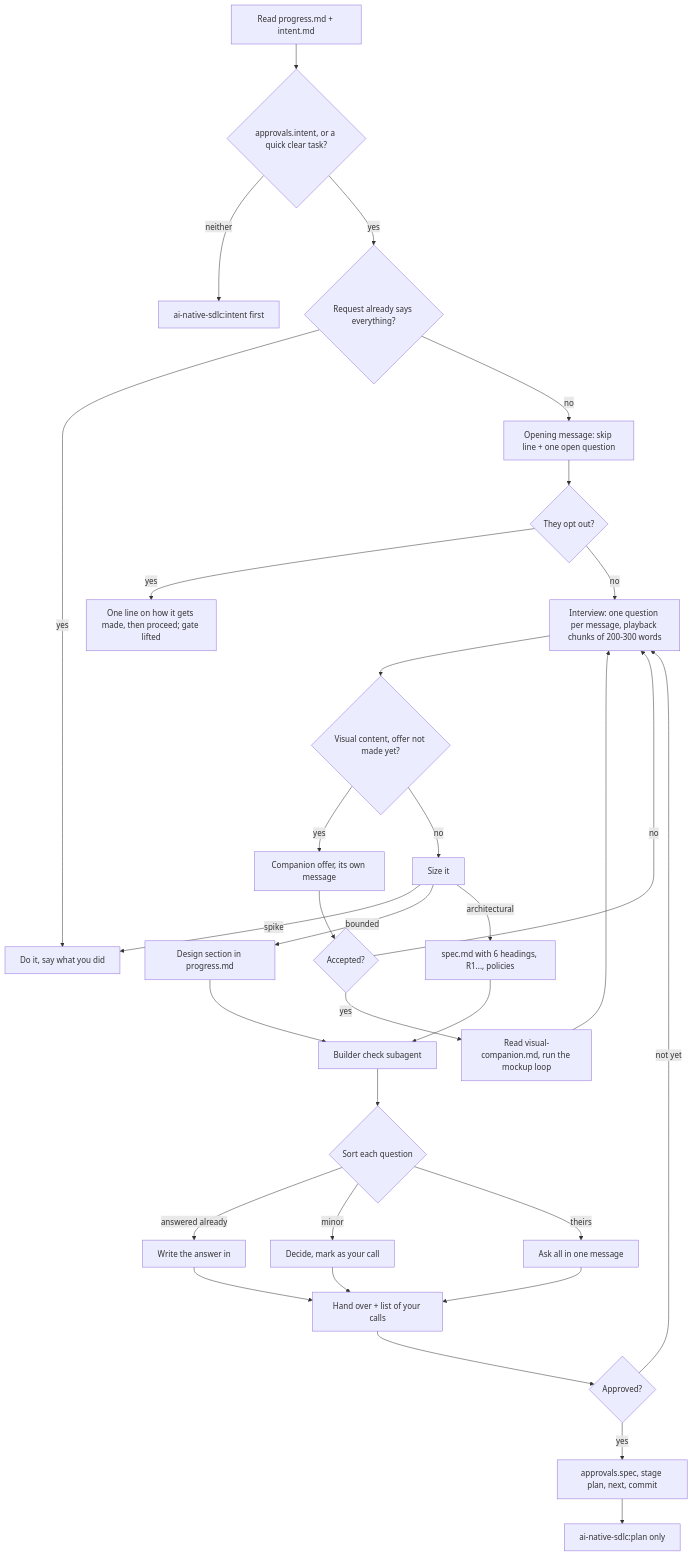
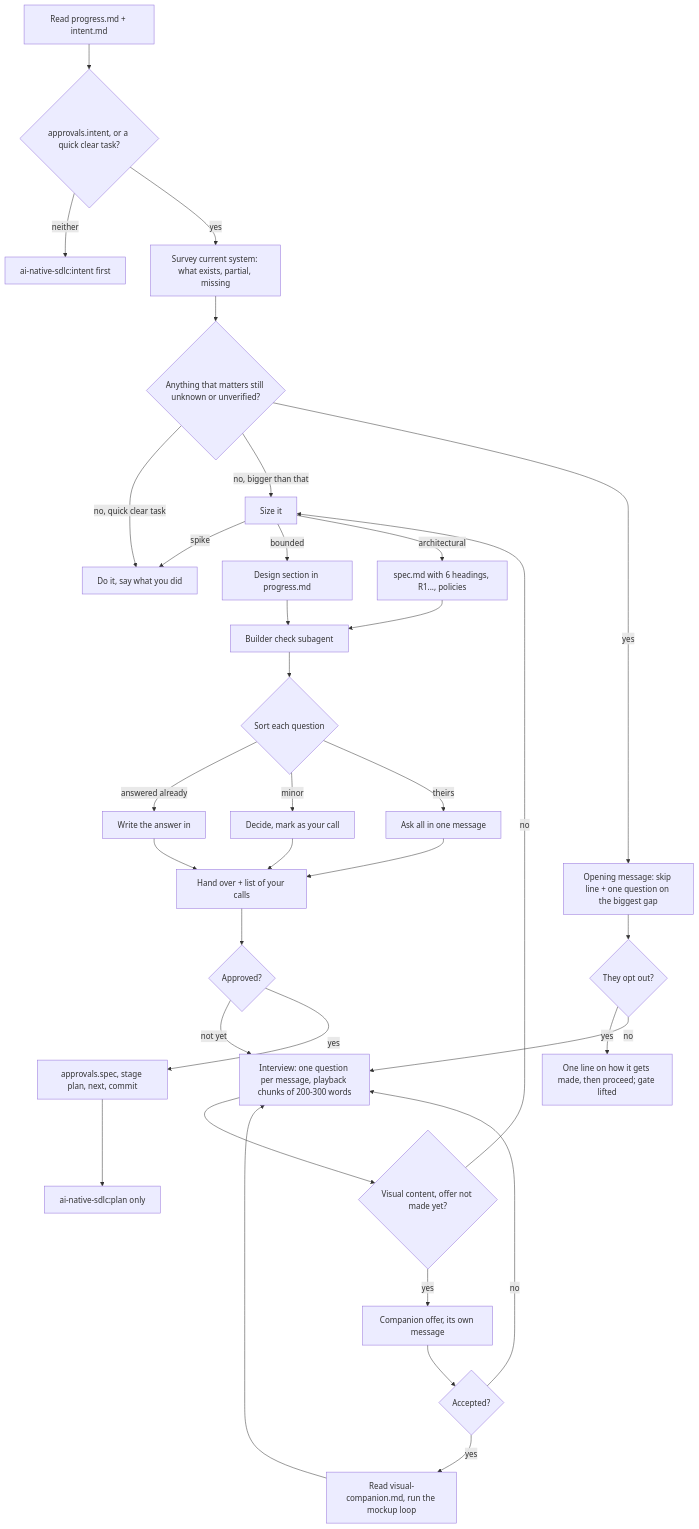
One commit to haringuyendev/ai-native-sdlc changed the diagram in skills/spec/SKILL.md. Above: the diagram before and after it, drawn with Mermaid. The commit also changed other lines of this file and 8 other files, not shown here.

````diff
--- a/skills/spec/SKILL.md
+++ b/skills/spec/SKILL.md
@@ -17,31 +17,33 @@
 ```mermaid
 flowchart TD
   A[Read progress.md + intent.md] --> B{approvals.intent, or a quick clear task?}
   B -- neither --> I[ai-native-sdlc:intent first]
-  B -- yes --> C{Request already says everything?}
-  C -- yes --> D[Do it, say what you did]
-  C -- no --> E[Opening message: skip line + one open question]
+  B -- yes --> R[Survey current system: what exists, partial, missing]
+  R --> C{Anything that matters still unknown or unverified?}
+  C -- no, quick clear task --> D[Do it, say what you did]
+  C -- no, bigger than that --> SZ
+  C -- yes --> E[Opening message: skip line + one question on the biggest gap]
   E --> F{They opt out?}
   F -- yes --> G[One line on how it gets made, then proceed; gate lifted]
   F -- no --> H[Interview: one question per message, playback chunks of 200-300 words]
   H --> V{Visual content, offer not made yet?}
   V -- yes --> VO[Companion offer, its own message] --> VA{Accepted?}
   VA -- yes --> VC[Read visual-companion.md, run the mockup loop] --> H
   VA -- no --> H
   V -- no --> SZ[Size it]
   SZ -- spike --> D
   SZ -- bounded --> DS[Design section in progress.md]
   SZ -- architectural --> SM[spec.md with 6 headings, R1..., policies]
   DS --> BC[Builder check subagent]
   SM --> BC
   BC --> SORT{Sort each question}
   SORT -- answered already --> ADD[Write the answer in]
   SORT -- minor --> OWN[Decide, mark as your call]
   SORT -- theirs --> ASK[Ask all in one message]
   ADD --> HO[Hand over + list of your calls]
   OWN --> HO
   ASK --> HO
   HO --> AP{Approved?}
   AP -- not yet --> H
   AP -- yes --> REC[approvals.spec, stage plan, next, commit] --> PL[ai-native-sdlc:plan only]
 ```
````
